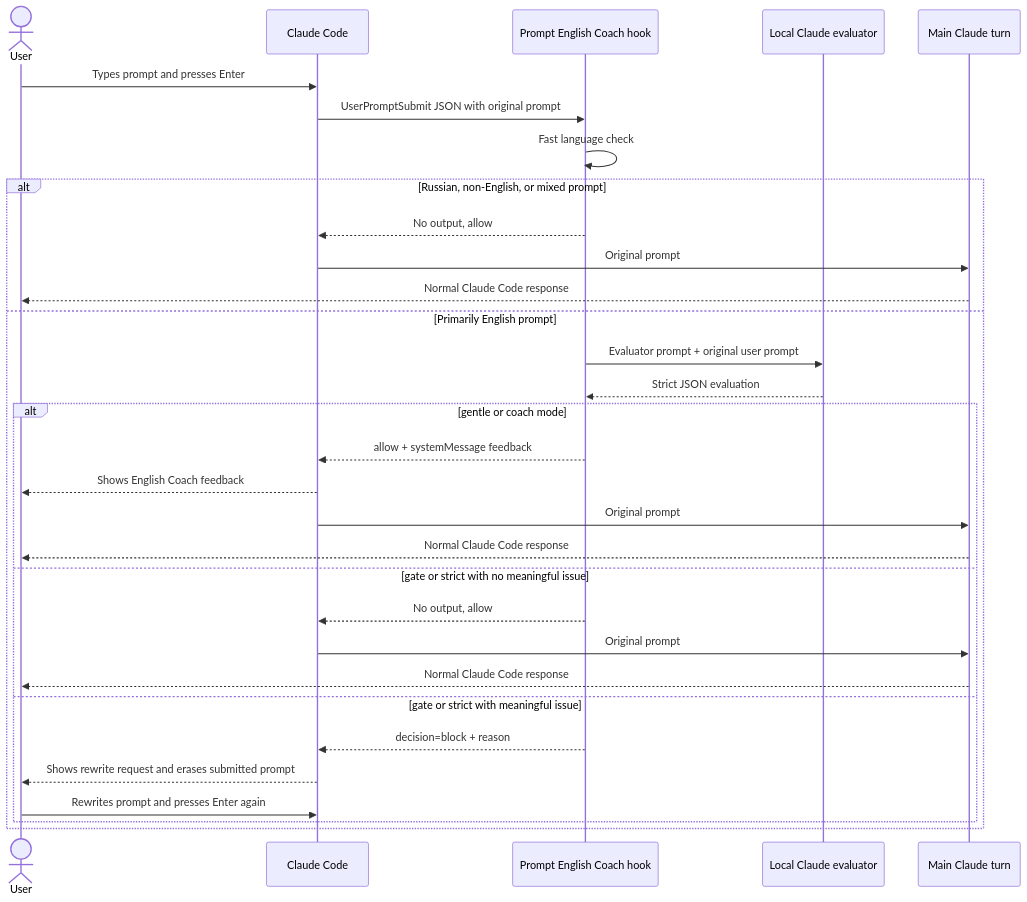
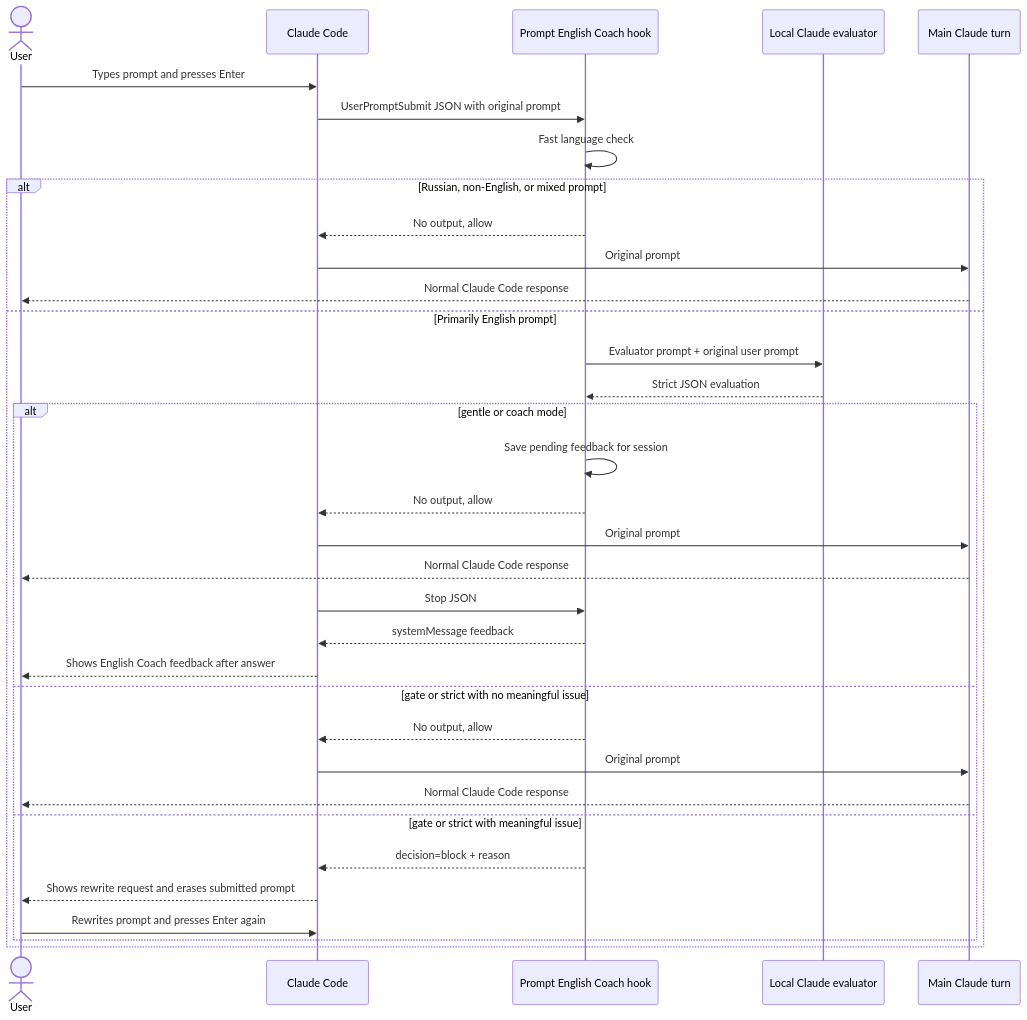
Before and after one commit to awkoy/prompt-english-coach: the diagram in docs/implementation-plan/02-design.md, drawn with Mermaid. The commit also changed other lines of this file and 11 other files, not shown here.

Commit message:
fix: delay non-blocking coach feedback

````diff
--- a/docs/implementation-plan/02-design.md
+++ b/docs/implementation-plan/02-design.md
@@ -80,36 +81,39 @@
 ```mermaid
 sequenceDiagram
     actor User
     participant CC as Claude Code
     participant Hook as Prompt English Coach hook
     participant Eval as Local Claude evaluator
     participant Claude as Main Claude turn
 
     User->>CC: Types prompt and presses Enter
     CC->>Hook: UserPromptSubmit JSON with original prompt
     Hook->>Hook: Fast language check
 
     alt Russian, non-English, or mixed prompt
         Hook-->>CC: No output, allow
         CC->>Claude: Original prompt
         Claude-->>User: Normal Claude Code response
     else Primarily English prompt
         Hook->>Eval: Evaluator prompt + original user prompt
         Eval-->>Hook: Strict JSON evaluation
 
         alt gentle or coach mode
-            Hook-->>CC: allow + systemMessage feedback
-            CC-->>User: Shows English Coach feedback
+            Hook->>Hook: Save pending feedback for session
+            Hook-->>CC: No output, allow
             CC->>Claude: Original prompt
             Claude-->>User: Normal Claude Code response
+            CC->>Hook: Stop JSON
+            Hook-->>CC: systemMessage feedback
+            CC-->>User: Shows English Coach feedback after answer
         else gate or strict with no meaningful issue
             Hook-->>CC: No output, allow
             CC->>Claude: Original prompt
             Claude-->>User: Normal Claude Code response
         else gate or strict with meaningful issue
             Hook-->>CC: decision=block + reason
             CC-->>User: Shows rewrite request and erases submitted prompt
             User->>CC: Rewrites prompt and presses Enter again
         end
     end
 ```
````
